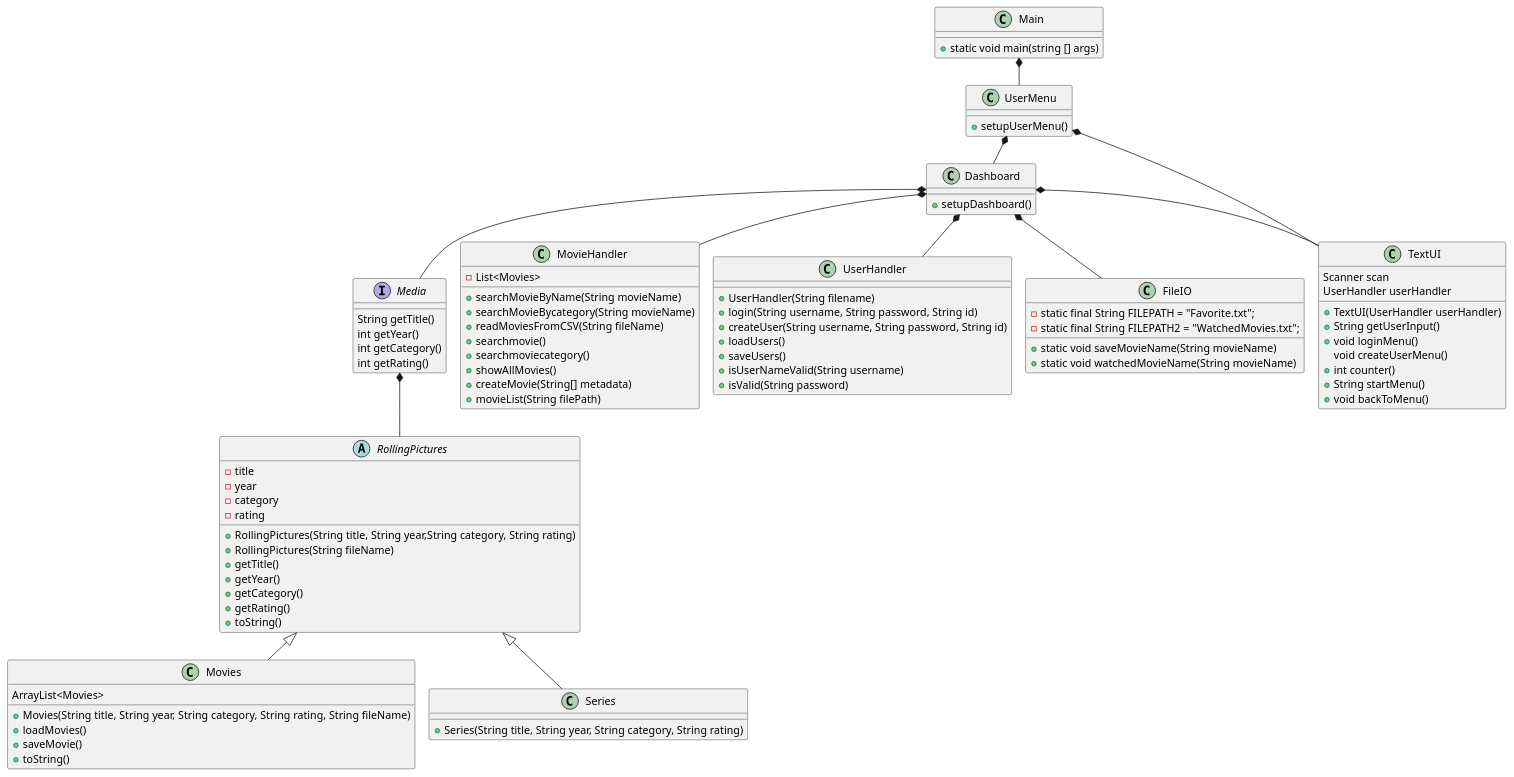
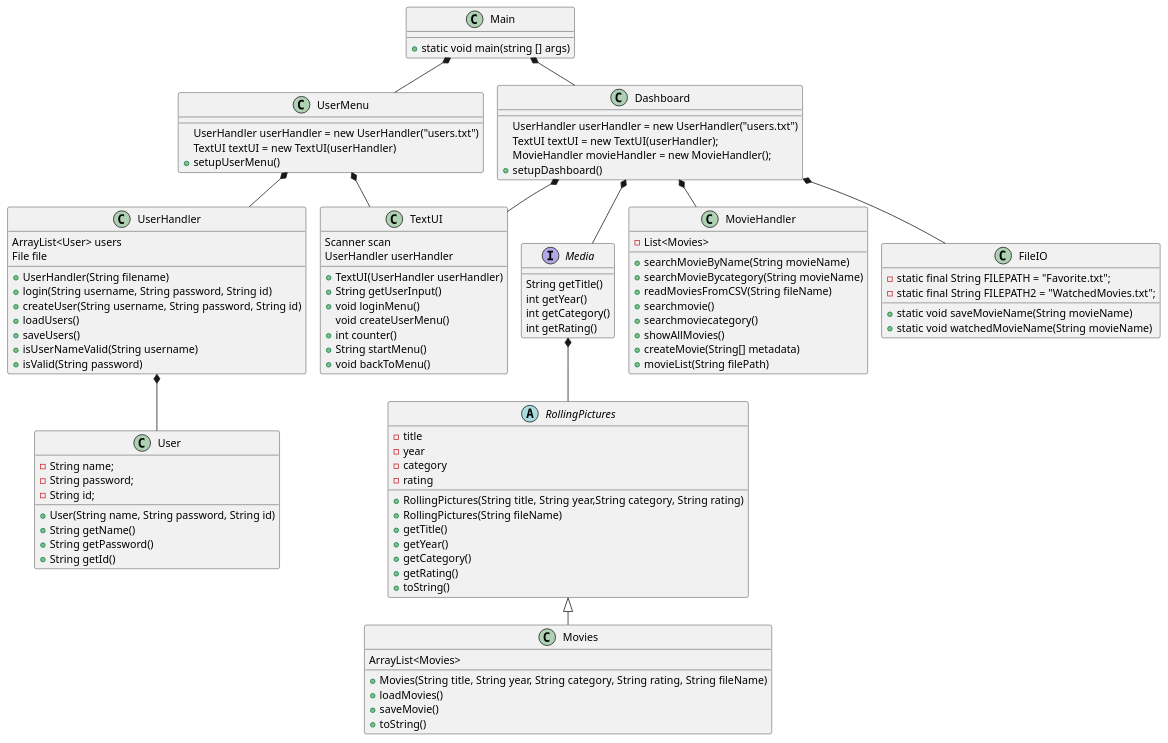
The diagram in doc/Classdiagram.puml (ETHMUNI/SP3-streamingtjeneste), drawn with PlantUML before and after one commit. The commit also changed 3 other files, not shown here.

Commit message:
updated class diagram

```diff
--- a/doc/Classdiagram.puml
+++ b/doc/Classdiagram.puml
@@ -1,101 +1,119 @@
 @startuml
 'https://plantuml.com/class-diagram
 !pragma layout smetana
 
 interface Media
 class Main
 class Movies
-class Series
 class UserMenu
 class Dashboard
 class MovieHandler
 class UserHandler
 abstract RollingPictures
+class User
 
 
 class TextUI
 class FileIO
 
 
 Media : String getTitle()
 Media : int getYear()
 Media : int getCategory()
 Media : int getRating()
 
 Main : + static void main(string [] args)
 
 Movies : ArrayList<Movies>
 Movies : + Movies(String title, String year, String category, String rating, String fileName)
 Movies : + loadMovies()
 Movies : + saveMovie()
 Movies : + toString()
 
-Series : + Series(String title, String year, String category, String rating)
 
+UserMenu : UserHandler userHandler = new UserHandler("users.txt")
+UserMenu : TextUI textUI = new TextUI(userHandler)
 UserMenu : + setupUserMenu()
 
+
+Dashboard : UserHandler userHandler = new UserHandler("users.txt")
+Dashboard : TextUI textUI = new TextUI(userHandler);
+Dashboard : MovieHandler movieHandler = new MovieHandler();
 Dashboard : + setupDashboard()
 
 MovieHandler : - List<Movies>
 MovieHandler : + searchMovieByName(String movieName)
 MovieHandler : + searchMovieBycategory(String movieName)
 MovieHandler : + readMoviesFromCSV(String fileName)
 MovieHandler : + searchmovie()
 MovieHandler : + searchmoviecategory()
 MovieHandler : + showAllMovies()
 MovieHandler : + createMovie(String[] metadata)
 MovieHandler : + movieList(String filePath)
 
+UserMenu *-- UserHandler
+
+UserHandler : ArrayList<User> users
+UserHandler : File file
 UserHandler : + UserHandler(String filename)
 UserHandler : + login(String username, String password, String id)
 UserHandler : + createUser(String username, String password, String id)
 UserHandler : + loadUsers()
 UserHandler : + saveUsers()
 UserHandler : + isUserNameValid(String username)
 UserHandler : + isValid(String password)
+
+UserHandler *-- User
+
+User : - String name;
+User : - String password;
+User : - String id;
+User : + User(String name, String password, String id)
+User : + String getName()
+User : + String getPassword()
+User : + String getId()
 
 RollingPictures : - title
 RollingPictures : - year
 RollingPictures : - category
 RollingPictures : - rating
 RollingPictures : + RollingPictures(String title, String year,String category, String rating)
 RollingPictures : + RollingPictures(String fileName)
 RollingPictures : + getTitle()
 RollingPictures : + getYear()
 RollingPictures : + getCategory()
 RollingPictures : + getRating()
 RollingPictures : + toString()
 
 Main *-- UserMenu
-UserMenu *-- Dashboard
+Main *-- Dashboard
 Dashboard *--Media
-Dashboard *-- UserHandler
 Dashboard *-- MovieHandler
 Media *-- RollingPictures
 
 RollingPictures <|-- Movies
-RollingPictures <|-- Series
+
 
 Dashboard *-- TextUI
 UserMenu *-- TextUI
 
 TextUI : Scanner scan
 TextUI : UserHandler userHandler
 
 TextUI : + TextUI(UserHandler userHandler)
 TextUI : + String getUserInput()
 TextUI : + void loginMenu()
 TextUI : void createUserMenu()
 TextUI : + int counter()
 TextUI : + String startMenu()
 TextUI : + void backToMenu()
 
 Dashboard *-- FileIO
 
 FileIO : - static final String FILEPATH = "Favorite.txt";
 FileIO : - static final String FILEPATH2 = "WatchedMovies.txt";
 FileIO : + static void saveMovieName(String movieName)
 FileIO : + static void watchedMovieName(String movieName)
 
 
 @enduml
```
